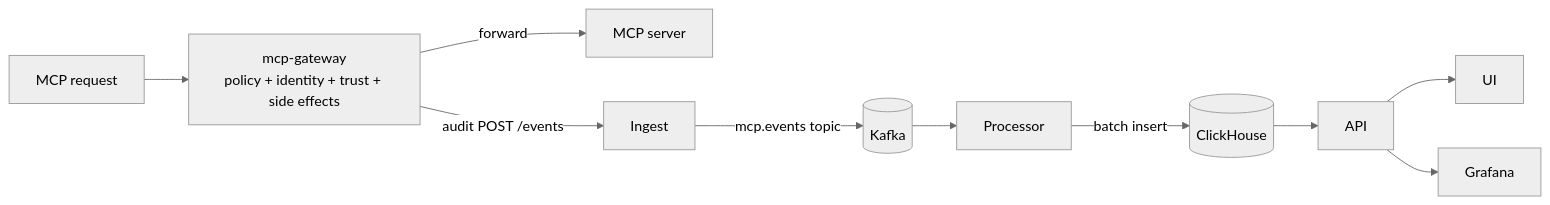
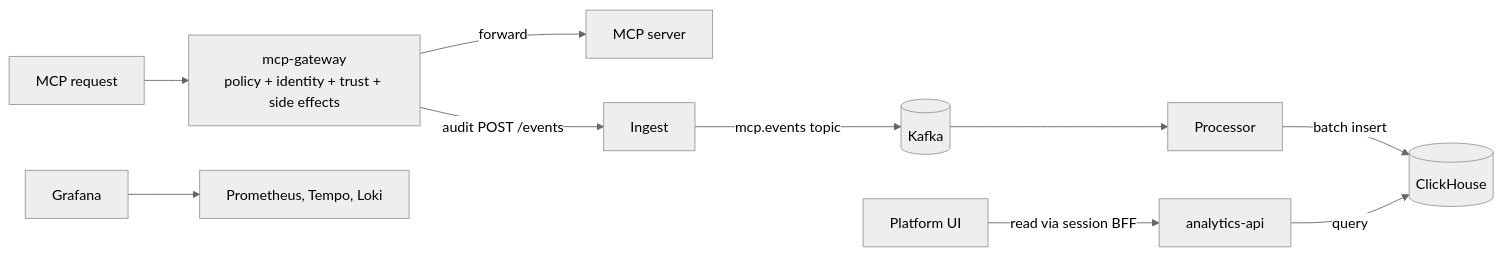
The diagram in docs/platform-services.md (mcp-runtime/mcp-runtime), drawn with Mermaid (neutral theme) before and after one commit. The commit also changed other lines of this file and 59 other files, not shown here.

````diff
--- a/docs/platform-services.md
+++ b/docs/platform-services.md
@@ -47,12 +47,12 @@
 ```mermaid
 flowchart LR
     Req[MCP request] --> Gateway[mcp-gateway<br/>policy + identity + trust + side effects]
     Gateway -->|forward| MCP[MCP server]
     Gateway -->|audit POST /events| Ingest
     Ingest -->|mcp.events topic| Kafka[(Kafka)]
     Kafka --> Processor
     Processor -->|batch insert| CH[(ClickHouse)]
-    CH --> API
-    API --> UI
-    API --> Graf[Grafana]
+    API[analytics-api] -->|query| CH
+    UI[Platform UI] -->|read via session BFF| API
+    Graf[Grafana] --> Telemetry[Prometheus, Tempo, Loki]
 ```
````
